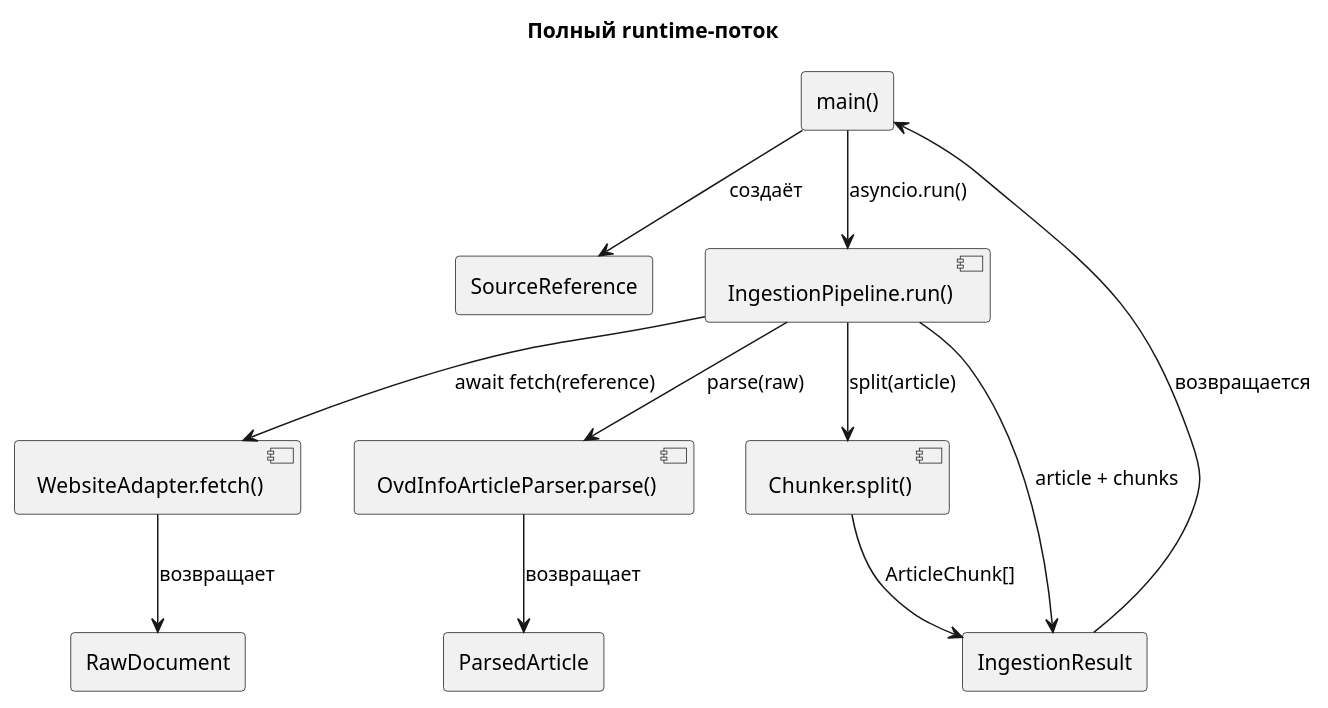
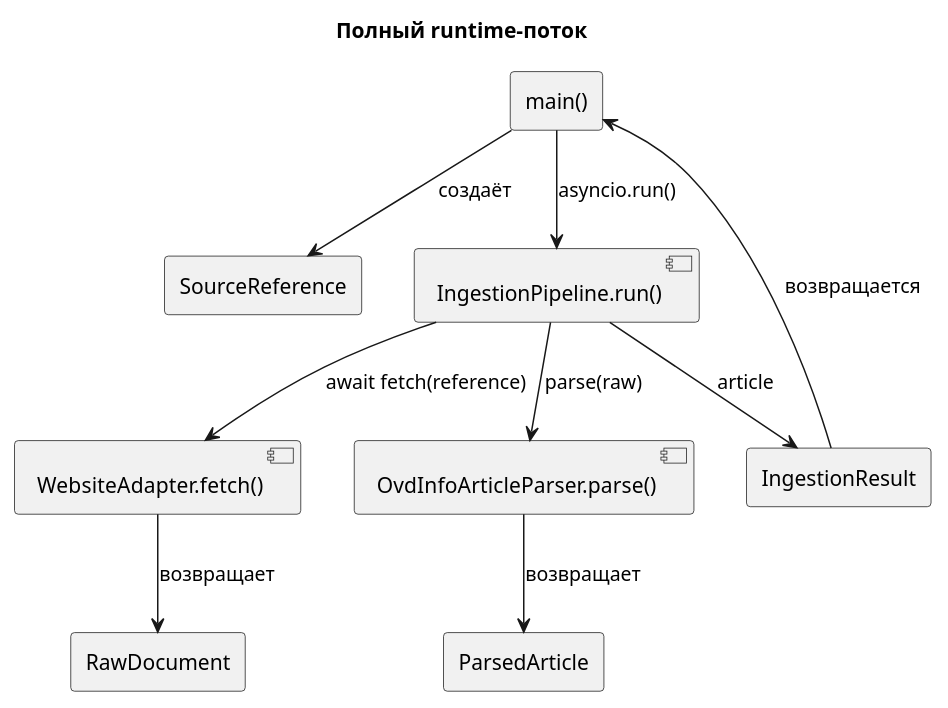
One commit to megannnn98/court-monitor changed the diagram in docs/wiki/Overview.md. Above: the diagram before and after it, drawn with PlantUML. The commit also changed other lines of this file and 60 other files, not shown here.

First line of the commit message:
refactor: remove ArticleChunk and chunk-based/dense/hybrid search

````diff
--- a/docs/wiki/Overview.md
+++ b/docs/wiki/Overview.md
@@ -5,27 +5,24 @@
 ```plantuml
 @startuml
 title Полный runtime-поток
 
 rectangle "main()" as Main
 rectangle "SourceReference" as Reference
 component "IngestionPipeline.run()" as Pipeline
 component "WebsiteAdapter.fetch()" as Adapter
 rectangle "RawDocument" as Raw
 component "OvdInfoArticleParser.parse()" as Parser
 rectangle "ParsedArticle" as Article
-component "Chunker.split()" as Chunker
 rectangle "IngestionResult" as Result
 
 Main --> Reference : создаёт
 Main --> Pipeline : asyncio.run()
 Pipeline --> Adapter : await fetch(reference)
 Adapter --> Raw : возвращает
 Pipeline --> Parser : parse(raw)
 Parser --> Article : возвращает
-Pipeline --> Chunker : split(article)
-Chunker --> Result : ArticleChunk[]
-Pipeline --> Result : article + chunks
+Pipeline --> Result : article
 Result --> Main : возвращается
 
 @enduml
 ```
````
